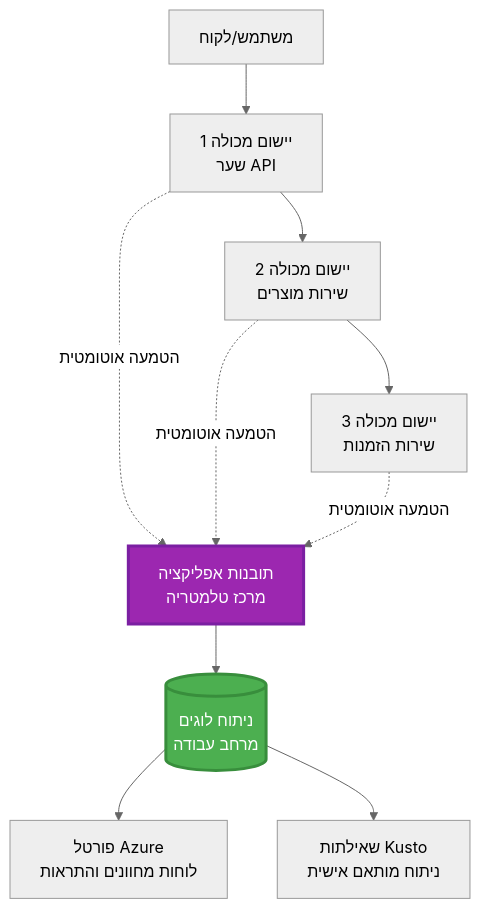
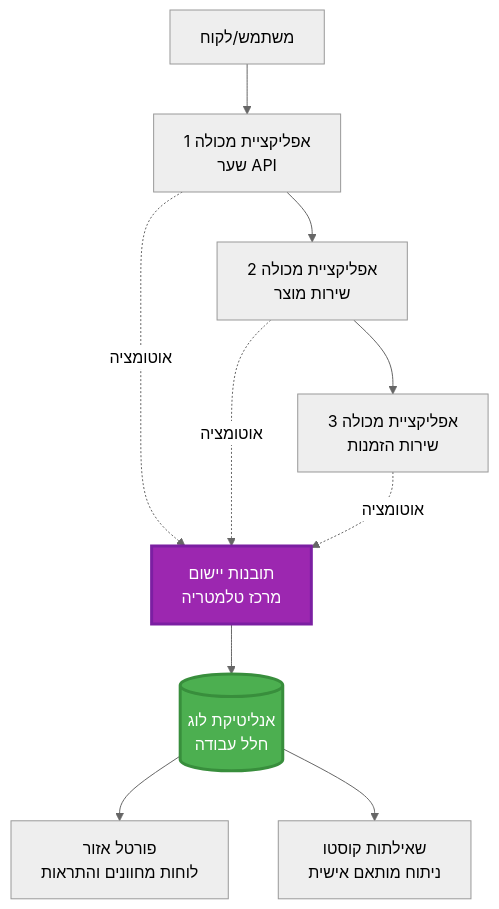
Before and after one commit to microsoft/AZD-for-beginners: the first of 2 diagrams in translations/he/docs/chapter-06-pre-deployment/application-insights.md, drawn with Mermaid (neutral theme). The commit also changed other lines of this file and 101 other files, not shown here.

````diff
--- a/translations/he/docs/chapter-06-pre-deployment/application-insights.md
+++ b/translations/he/docs/chapter-06-pre-deployment/application-insights.md
@@ -58,28 +58,28 @@
 ```mermaid
 graph TB
     User[משתמש/לקוח]
-    App1[יישום מכולה 1<br/>שער API]
-    App2[יישום מכולה 2<br/>שירות מוצרים]
-    App3[יישום מכולה 3<br/>שירות הזמנות]
+    App1[אפליקציית מכולה 1<br/>שער API]
+    App2[אפליקציית מכולה 2<br/>שירות מוצר]
+    App3[אפליקציית מכולה 3<br/>שירות הזמנות]
     
-    AppInsights[תובנות אפליקציה<br/>מרכז טלמטריה]
-    LogAnalytics[(ניתוח לוגים<br/>מרחב עבודה)]
+    AppInsights[תובנות יישום<br/>מרכז טלמטריה]
+    LogAnalytics[(אנליטיקת לוג<br/>חלל עבודה)]
     
-    Portal[פורטל Azure<br/>לוחות מחוונים והתראות]
-    Query[שאילתות Kusto<br/>ניתוח מותאם אישית]
+    Portal[פורטל אזור<br/>לוחות מחוונים והתראות]
+    Query[שאילתות קוסטו<br/>ניתוח מותאם אישית]
     
     User --> App1
     App1 --> App2
     App2 --> App3
     
-    App1 -.->|הטמעה אוטומטית| AppInsights
-    App2 -.->|הטמעה אוטומטית| AppInsights
-    App3 -.->|הטמעה אוטומטית| AppInsights
+    App1 -.->|אוטומציה| AppInsights
+    App2 -.->|אוטומציה| AppInsights
+    App3 -.->|אוטומציה| AppInsights
     
     AppInsights --> LogAnalytics
     LogAnalytics --> Portal
     LogAnalytics --> Query
     
     style AppInsights fill:#9C27B0,stroke:#7B1FA2,stroke-width:3px,color:#fff
     style LogAnalytics fill:#4CAF50,stroke:#388E3C,stroke-width:3px,color:#fff
 ```
````
